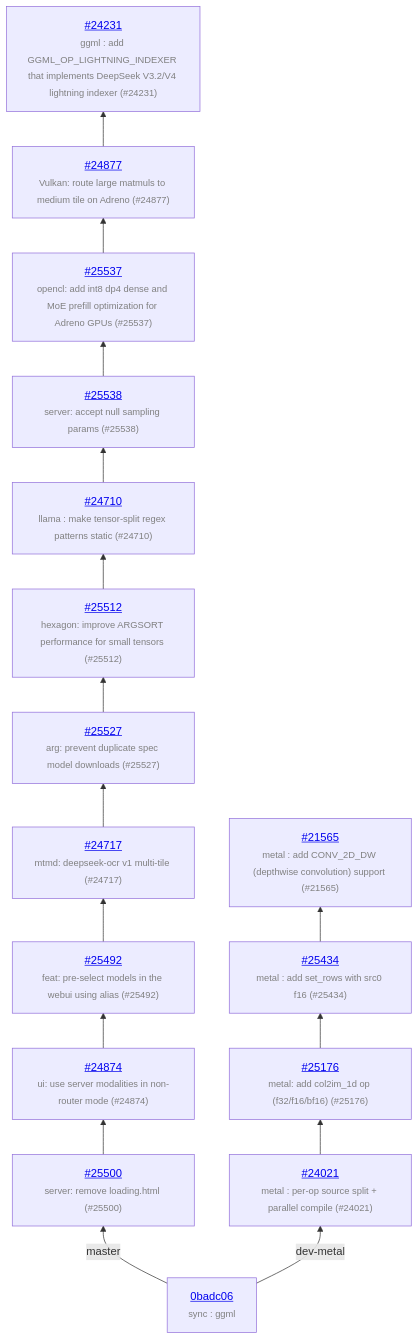
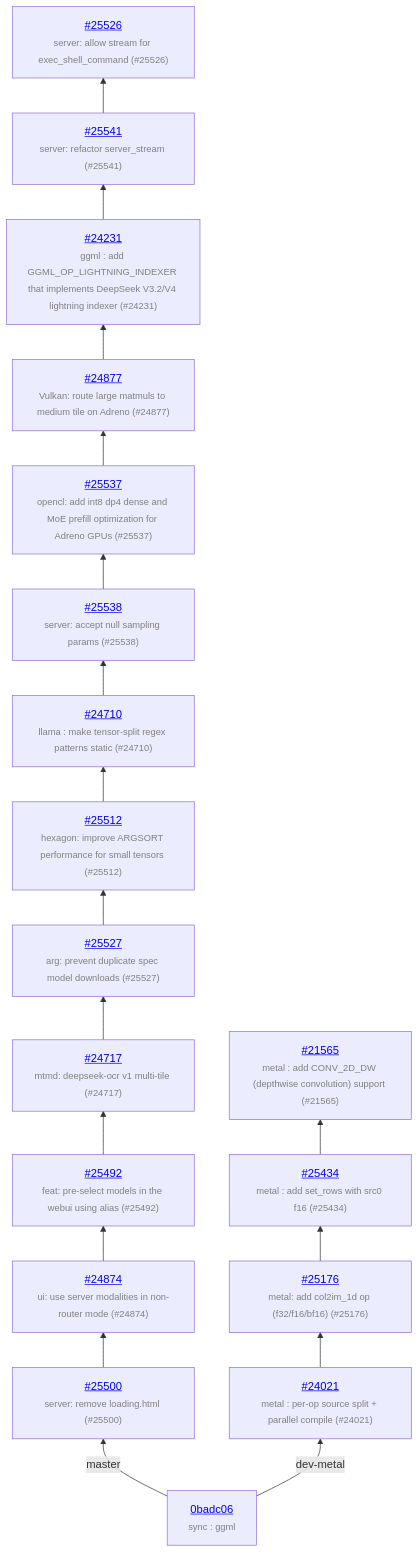
The diagram in README.md (ggml-org/llama.cpp-dev), drawn with Mermaid before and after one commit. The commit also changed other lines of this file and 1 other file, not shown here.

Commit message:
auto: update

````diff
--- a/README.md
+++ b/README.md
@@ -13,34 +13,38 @@
 ```mermaid
 graph BT
     COMMON["<a href='https://github.com/ggml-org/llama.cpp/commit/0badc06ab53a8eb96e01242b92ec1365c4465a2a'>0badc06</a><br/><span style='font-size:smaller;color:gray'>sync : ggml</span>"]
     COMMON -->|master| C_a935fbf
     C_a935fbf["<a href='https://github.com/ggml-org/llama.cpp/pull/25500'>#25500</a><br/><span style='font-size:smaller;color:gray'>server: remove loading.html (#25500)</span>"]
     C_a935fbf --> C_9f623c6
     C_9f623c6["<a href='https://github.com/ggml-org/llama.cpp/pull/24874'>#24874</a><br/><span style='font-size:smaller;color:gray'>ui: use server modalities in non-router mode (#24874)</span>"]
     C_9f623c6 --> C_07d9378
     C_07d9378["<a href='https://github.com/ggml-org/llama.cpp/pull/25492'>#25492</a><br/><span style='font-size:smaller;color:gray'>feat: pre-select models in the webui using alias (#25492)</span>"]
     C_07d9378 --> C_3e706dd
     C_3e706dd["<a href='https://github.com/ggml-org/llama.cpp/pull/24717'>#24717</a><br/><span style='font-size:smaller;color:gray'>mtmd: deepseek-ocr v1 multi-tile (#24717)</span>"]
     C_3e706dd --> C_22b69b6
     C_22b69b6["<a href='https://github.com/ggml-org/llama.cpp/pull/25527'>#25527</a><br/><span style='font-size:smaller;color:gray'>arg: prevent duplicate spec model downloads (#25527)</span>"]
     C_22b69b6 --> C_67776ea
     C_67776ea["<a href='https://github.com/ggml-org/llama.cpp/pull/25512'>#25512</a><br/><span style='font-size:smaller;color:gray'>hexagon: improve ARGSORT performance for small tensors (#25512)</span>"]
     C_67776ea --> C_c749cb0
     C_c749cb0["<a href='https://github.com/ggml-org/llama.cpp/pull/24710'>#24710</a><br/><span style='font-size:smaller;color:gray'>llama : make tensor-split regex patterns static (#24710)</span>"]
     C_c749cb0 --> C_4f37f51
     C_4f37f51["<a href='https://github.com/ggml-org/llama.cpp/pull/25538'>#25538</a><br/><span style='font-size:smaller;color:gray'>server: accept null sampling params (#25538)</span>"]
     C_4f37f51 --> C_1d1d9a9
     C_1d1d9a9["<a href='https://github.com/ggml-org/llama.cpp/pull/25537'>#25537</a><br/><span style='font-size:smaller;color:gray'>opencl: add int8 dp4 dense and MoE prefill optimization for Adreno GPUs (#25537)</span>"]
     C_1d1d9a9 --> C_76f2798
     C_76f2798["<a href='https://github.com/ggml-org/llama.cpp/pull/24877'>#24877</a><br/><span style='font-size:smaller;color:gray'>Vulkan: route large matmuls to medium tile on Adreno (#24877)</span>"]
     C_76f2798 --> C_00f5442
     C_00f5442["<a href='https://github.com/ggml-org/llama.cpp/pull/24231'>#24231</a><br/><span style='font-size:smaller;color:gray'>ggml : add GGML_OP_LIGHTNING_INDEXER that implements DeepSeek V3.2/V4 lightning indexer (#24231)</span>"]
+    C_00f5442 --> C_ea1f7bb
+    C_ea1f7bb["<a href='https://github.com/ggml-org/llama.cpp/pull/25541'>#25541</a><br/><span style='font-size:smaller;color:gray'>server: refactor server_stream (#25541)</span>"]
+    C_ea1f7bb --> C_c92e806
+    C_c92e806["<a href='https://github.com/ggml-org/llama.cpp/pull/25526'>#25526</a><br/><span style='font-size:smaller;color:gray'>server: allow stream for exec_shell_command (#25526)</span>"]
     COMMON -->|dev-metal| C_3835214
     C_3835214["<a href='https://github.com/ggml-org/llama.cpp/pull/24021'>#24021</a><br/><span style='font-size:smaller;color:gray'>metal : per-op source split + parallel compile (#24021)</span>"]
     C_3835214 --> C_de75555
     C_de75555["<a href='https://github.com/ggml-org/llama.cpp/pull/25176'>#25176</a><br/><span style='font-size:smaller;color:gray'>metal: add col2im_1d op (f32/f16/bf16) (#25176)</span>"]
     C_de75555 --> C_e3ea5de
     C_e3ea5de["<a href='https://github.com/ggml-org/llama.cpp/pull/25434'>#25434</a><br/><span style='font-size:smaller;color:gray'>metal : add set_rows with src0 f16 (#25434)</span>"]
     C_e3ea5de --> C_65dd913
     C_65dd913["<a href='https://github.com/ggml-org/llama.cpp/pull/21565'>#21565</a><br/><span style='font-size:smaller;color:gray'>metal : add CONV_2D_DW (depthwise convolution) support (#21565)</span>"]
 ```
````
